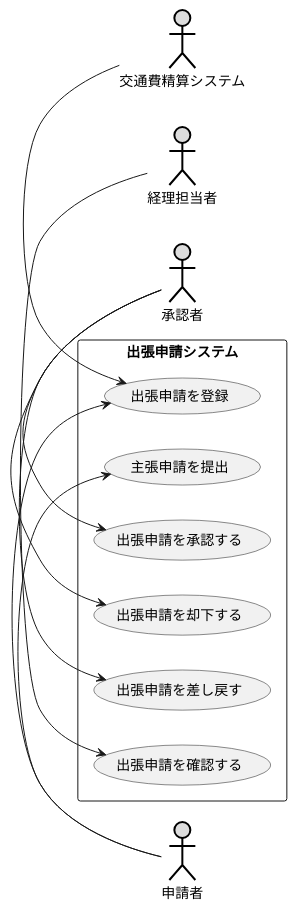
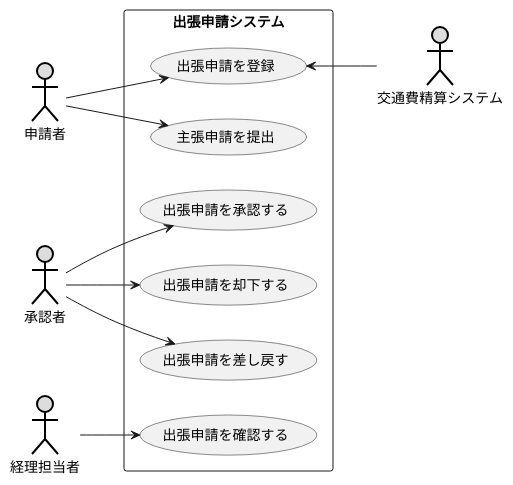
Before and after one commit to itouayumu/uml-introduction-: the diagram in 演習2-1_UM_出張管理システム.pu, drawn with PlantUML.

Commit message:
演習２－１

```diff
--- a/演習2-1_UM_出張管理システム.pu
+++ b/演習2-1_UM_出張管理システム.pu
@@ -1,22 +1,22 @@
 @startuml 演習２－１
 left to right direction
 actor 申請者 as u1 #DDDDDD;line:black;line.bold;
 actor 承認者 as u2 #DDDDDD;line:black;line.bold;
 actor 経理担当者 as u3 #DDDDDD;line:black;line.bold;
 actor 交通費精算システム as u4 #DDDDDD;line:black;line.bold;
 rectangle 出張申請システム {
 usecase 出張申請を登録 as 1
 usecase 主張申請を提出 as 2
 usecase 出張申請を承認する as 3
 usecase 出張申請を却下する as 4
 usecase 出張申請を差し戻す as 5
 usecase 出張申請を確認する as 6
-u1->1
-u1->2
-u2->3
-u2->4
-u2->5
-u3->6
-1<-u4
+u1-->1
+u1-->2
+u2-->3
+u2-->4
+u2-->5
+u3-->6
+1<--u4
 }
 @enduml
```
